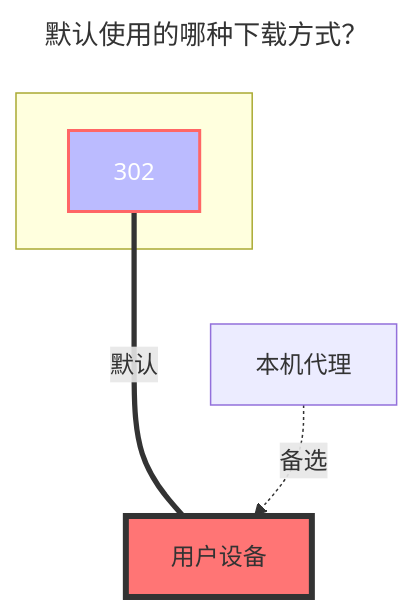
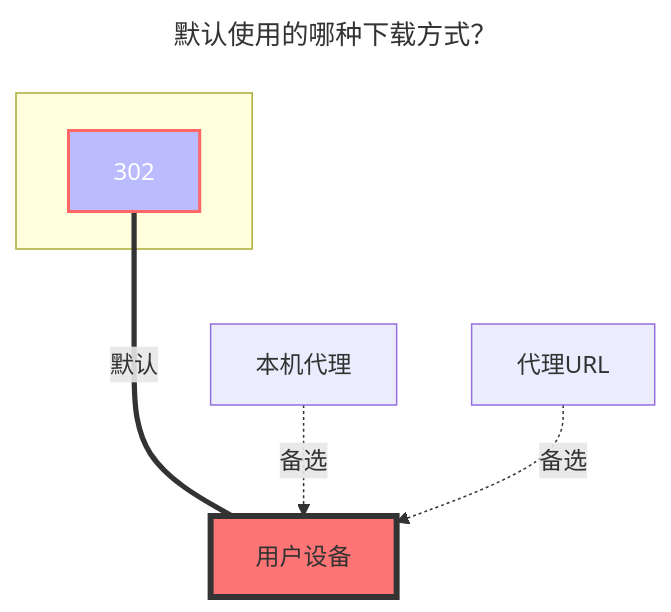
Before and after one commit to zyp91281115/docs: the diagram in docs/zh/guide/drivers/github_releases.md, drawn with Mermaid. The commit also changed other lines of this file and 52 other files, not shown here.

````diff
--- a/docs/zh/guide/drivers/github_releases.md
+++ b/docs/zh/guide/drivers/github_releases.md
@@ -113,16 +155,18 @@
 ```mermaid
 ---
 title: 默认使用的哪种下载方式？
 ---
 flowchart TB
     style a1 fill:#bbf,stroke:#f66,stroke-width:2px,color:#fff
     style a2 fill:#ff7575,stroke:#333,stroke-width:4px
     subgraph ide1 [ ]
     a1
     end
     a1[302]:::someclass====|默认|a2[用户设备]
     classDef someclass fill:#f96
     c1[本机代理]-.备选.->a2[用户设备]
+    b1[代理URL]-.备选.->a2[用户设备]
     click a1 "../drivers/common.html#webdav-策略"
     click b1 "../drivers/common.html#webdav-策略"
+    click c1 "../drivers/common.html#webdav-策略"
 ```
````
